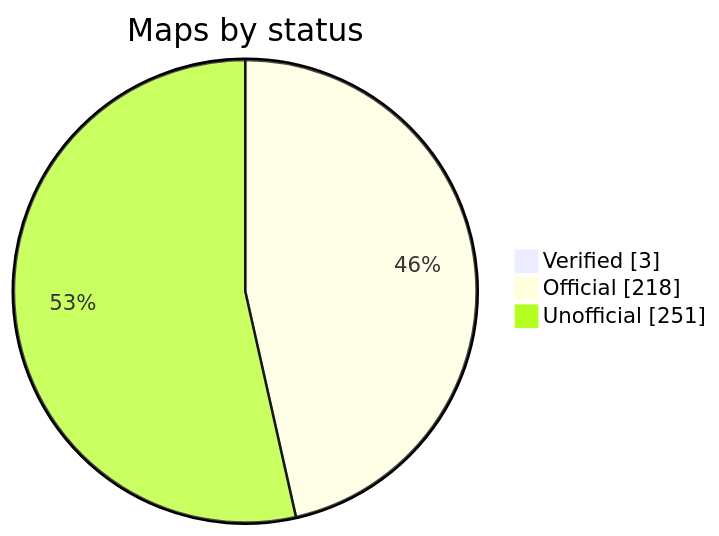
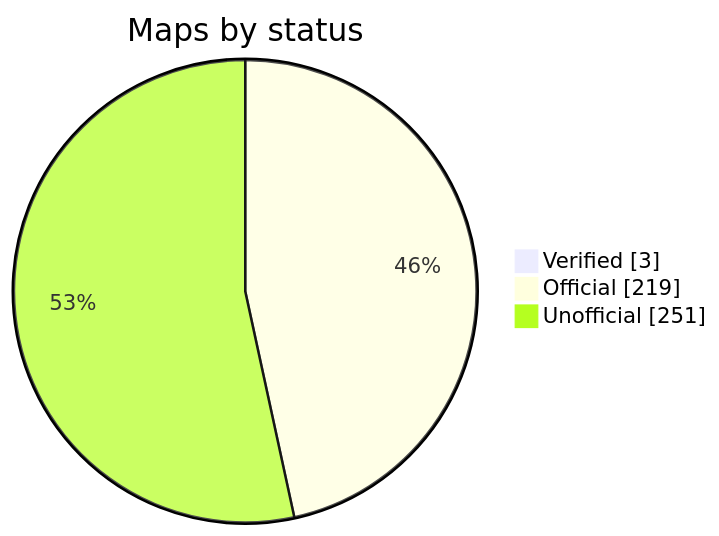
One commit to nobrega8/mbmap-library changed the diagram in README.md. Above: the diagram before and after it, drawn with Mermaid. The commit also changed 2 other files, not shown here.

Commit message:
Add the Microidea 1PH power factor controller map

````diff
--- a/README.md
+++ b/README.md
@@ -48,7 +48,7 @@
 ```mermaid
 pie showData
     title Maps by status
     "Verified" : 3
-    "Official" : 218
+    "Official" : 219
     "Unofficial" : 251
 ```
````
